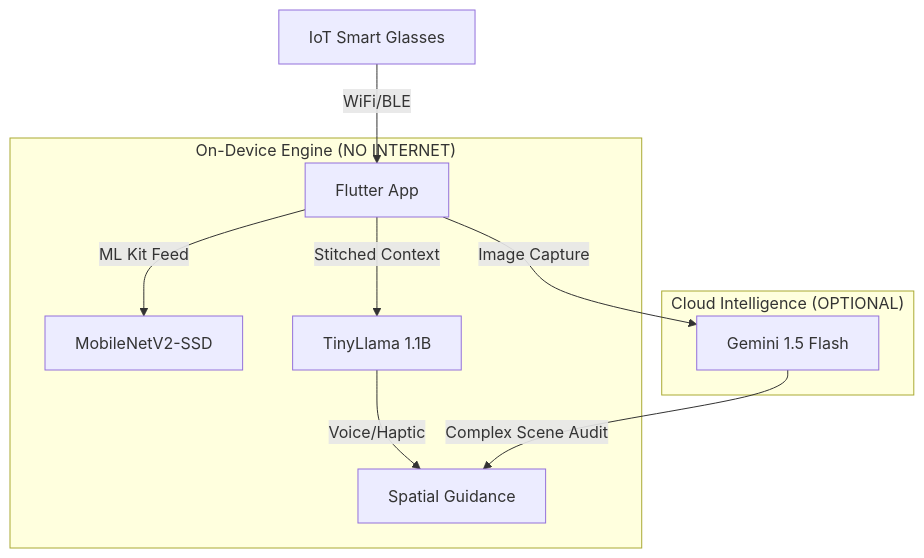
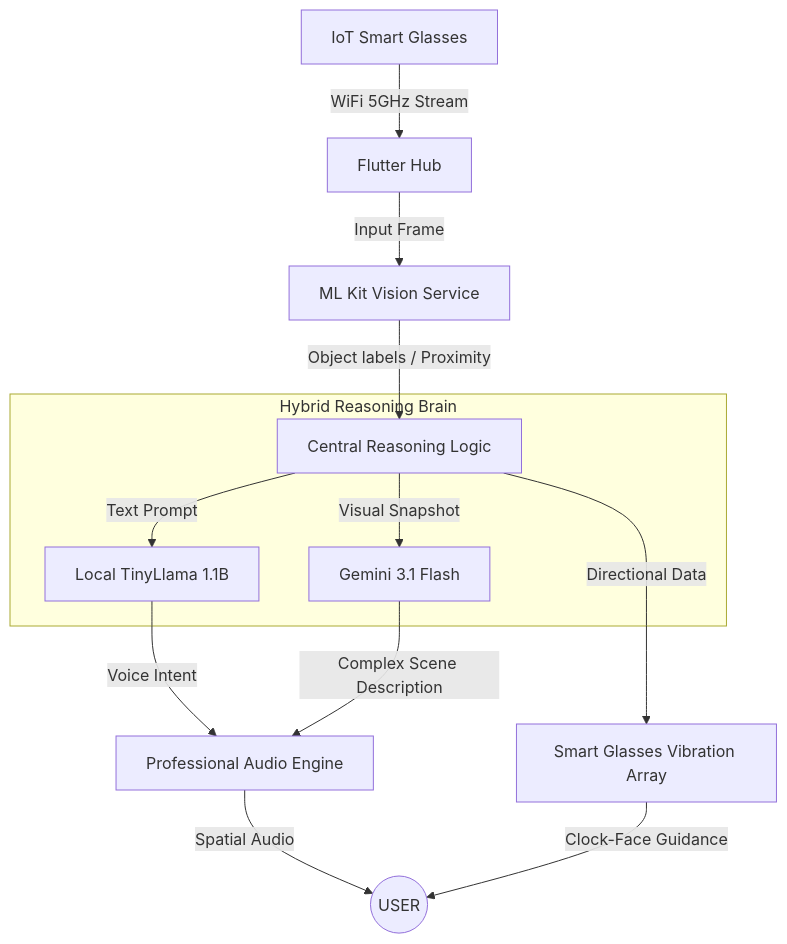
One commit to darknecrocities/EasyLense changed the diagram in README.md. Above: the diagram before and after it, drawn with Mermaid. The commit also changed other lines of this file, not shown here.

````diff
--- a/README.md
+++ b/README.md
@@ -55,13 +80,18 @@
 ```mermaid
 graph TD
-    Glasses[IoT Smart Glasses] -->|WiFi/BLE| App[Flutter App]
-    subgraph "On-Device Engine (NO INTERNET)"
-        App -->|ML Kit Feed| MobileNet[MobileNetV2-SSD]
-        App -->|Stitched Context| TinyLlama[TinyLlama 1.1B]
-        TinyLlama -->|Voice/Haptic| Audio[Spatial Guidance]
+    Glasses[IoT Smart Glasses] -->|WiFi 5GHz Stream| App[Flutter Hub]
+    App -->|Input Frame| MLKit[ML Kit Vision Service]
+    MLKit -->|Object labels / Proximity| Logic[Central Reasoning Logic]
+    
+    subgraph "Hybrid Reasoning Brain"
+        Logic -->|Text Prompt| TinyLlama[Local TinyLlama 1.1B]
+        Logic -->|Visual Snapshot| Gemini[Gemini 3.1 Flash]
     end
-    subgraph "Cloud Intelligence (OPTIONAL)"
-        App -->|Image Capture| Gemini[Gemini 1.5 Flash]
-        Gemini -->|Complex Scene Audit| Audio
-    end
+    
+    TinyLlama -->|Voice Intent| TTS[Professional Audio Engine]
+    Gemini -->|Complex Scene Description| TTS
+    Logic -->|Directional Data| Haptics[Smart Glasses Vibration Array]
+    
+    TTS -->|Spatial Audio| User((USER))
+    Haptics -->|Clock-Face Guidance| User
 ```
````
